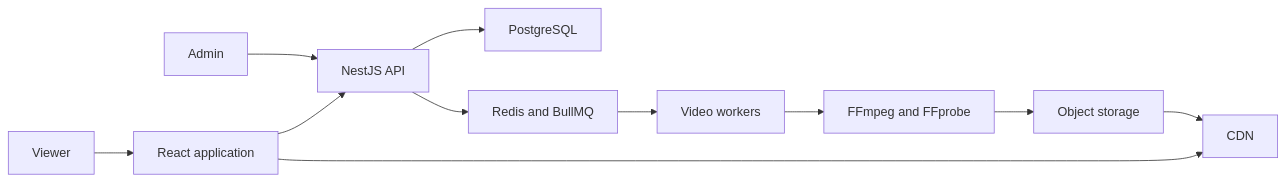
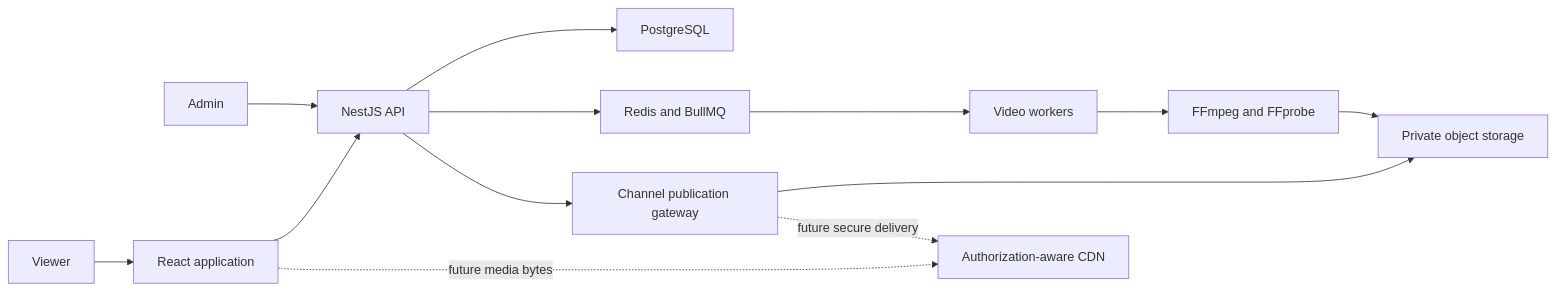
One commit to brickly26/tv-Broadcast changed the diagram in docs/ARCHITECTURE.md. Above: the diagram before and after it, drawn with Mermaid. The commit also changed other lines of this file and 8 other files, not shown here.

````diff
--- a/docs/ARCHITECTURE.md
+++ b/docs/ARCHITECTURE.md
@@ -25,13 +60,15 @@
 ```mermaid
 flowchart LR
     Admin["Admin"] --> API["NestJS API"]
     API --> DB["PostgreSQL"]
     API --> Queue["Redis and BullMQ"]
     Queue --> Worker["Video workers"]
     Worker --> Media["FFmpeg and FFprobe"]
-    Media --> Storage["Object storage"]
-    Storage --> CDN["CDN"]
+    Media --> Storage["Private object storage"]
     Viewer["Viewer"] --> Web["React application"]
     Web --> API
-    Web --> CDN
+    API --> Gateway["Channel publication gateway"]
+    Gateway --> Storage
+    Gateway -. "future secure delivery" .-> CDN["Authorization-aware CDN"]
+    Web -. "future media bytes" .-> CDN
 ```
````
